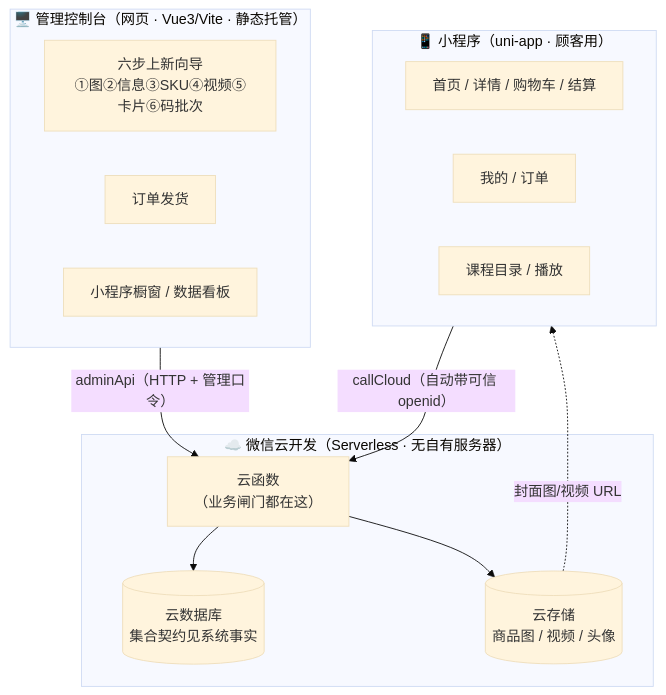
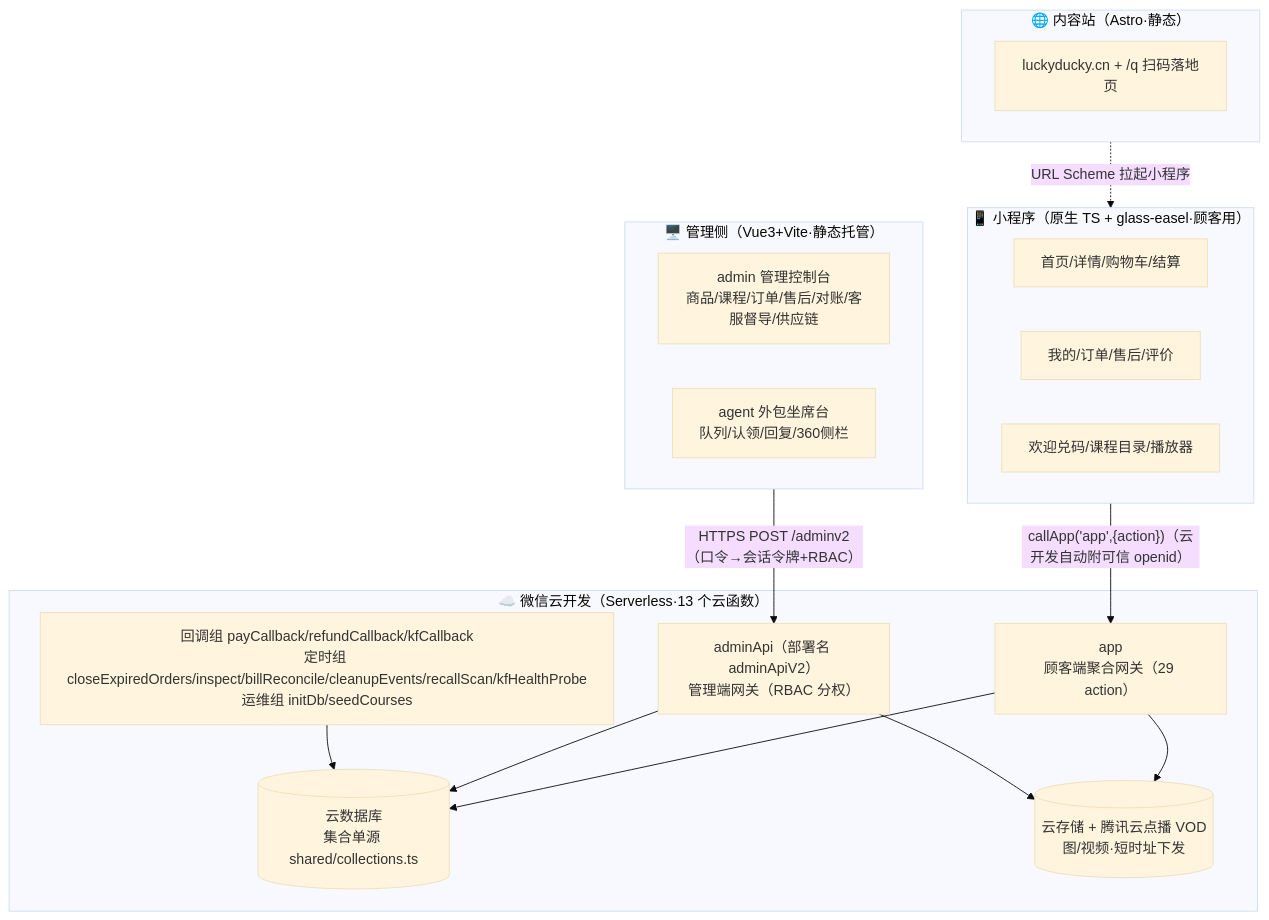
Before and after one commit to ookiisparrow/luckyducky-fable: the first of 2 diagrams in docs/业务逻辑架构.md, drawn with Mermaid (base theme). The commit also changed other lines of this file and 1 other file, not shown here.

Commit message:
docs：文档大清理批2——业务逻辑架构按生产源全量重写（15-agent 逐链取证：原10链保号更新+新增客服/供应链/观测三链+通道鉴权现实+状态机真值·旧缺口表七条全数核实闭环·现役缺口改指待办与债单源）

````diff
--- a/docs/业务逻辑架构.md
+++ b/docs/业务逻辑架构.md
@@ -13,24 +12,31 @@
 ```mermaid
 flowchart TB
-  subgraph 管理端["🖥️ 管理控制台（网页 · Vue3/Vite · 静态托管）"]
-    A1["六步上新向导<br/>①图②信息③SKU④视频⑤卡片⑥码批次"]
-    A2["订单发货"]
-    A3["小程序橱窗 / 数据看板"]
+  subgraph 管理侧["🖥️ 管理侧（Vue3+Vite·静态托管）"]
+    A1["admin 管理控制台<br/>商品/课程/订单/售后/对账/客服督导/供应链"]
+    A2["agent 外包坐席台<br/>队列/认领/回复/360侧栏"]
   end
-  subgraph 云["☁️ 微信云开发（Serverless · 无自有服务器）"]
-    F["云函数<br/>（业务闸门都在这）"]
-    DB[("云数据库<br/>集合契约见系统事实")]
-    ST[("云存储<br/>商品图 / 视频 / 头像")]
+  subgraph 云["☁️ 微信云开发（Serverless·13 个云函数）"]
+    F1["app<br/>顾客端聚合网关（29 action）"]
+    F2["adminApi（部署名 adminApiV2）<br/>管理端网关（RBAC 分权）"]
+    F3["回调组 payCallback/refundCallback/kfCallback<br/>定时组 closeExpiredOrders/inspect/billReconcile/cleanupEvents/recallScan/kfHealthProbe<br/>运维组 initDb/seedCourses"]
+    DB[("云数据库<br/>集合单源 shared/collections.ts")]
+    ST[("云存储 + 腾讯云点播 VOD<br/>图/视频·短时址下发")]
   end
-  subgraph 端["📱 小程序（uni-app · 顾客用）"]
-    P1["首页 / 详情 / 购物车 / 结算"]
-    P2["我的 / 订单"]
-    P3["课程目录 / 播放"]
+  subgraph 端["📱 小程序（原生 TS + glass-easel·顾客用）"]
+    P1["首页/详情/购物车/结算"]
+    P2["我的/订单/售后/评价"]
+    P3["欢迎兑码/课程目录/播放器"]
+  end
+  subgraph 站["🌐 内容站（Astro·静态）"]
+    S1["luckyducky.cn + /q 扫码落地页"]
   end
 
-  管理端 -->|"adminApi（HTTP + 管理口令）"| F
-  端 -->|"callCloud（自动带可信 openid）"| F
-  F --> DB
-  F --> ST
-  ST -. "封面图/视频 URL" .-> 端
+  管理侧 -->|"HTTPS POST /adminv2（口令→会话令牌+RBAC）"| F2
+  端 -->|"callApp('app',{action})（云开发自动附可信 openid）"| F1
+  站 -.->|"URL Scheme 拉起小程序"| 端
+  F1 --> DB
+  F2 --> DB
+  F3 --> DB
+  F1 --> ST
+  F2 --> ST
 ```
````
